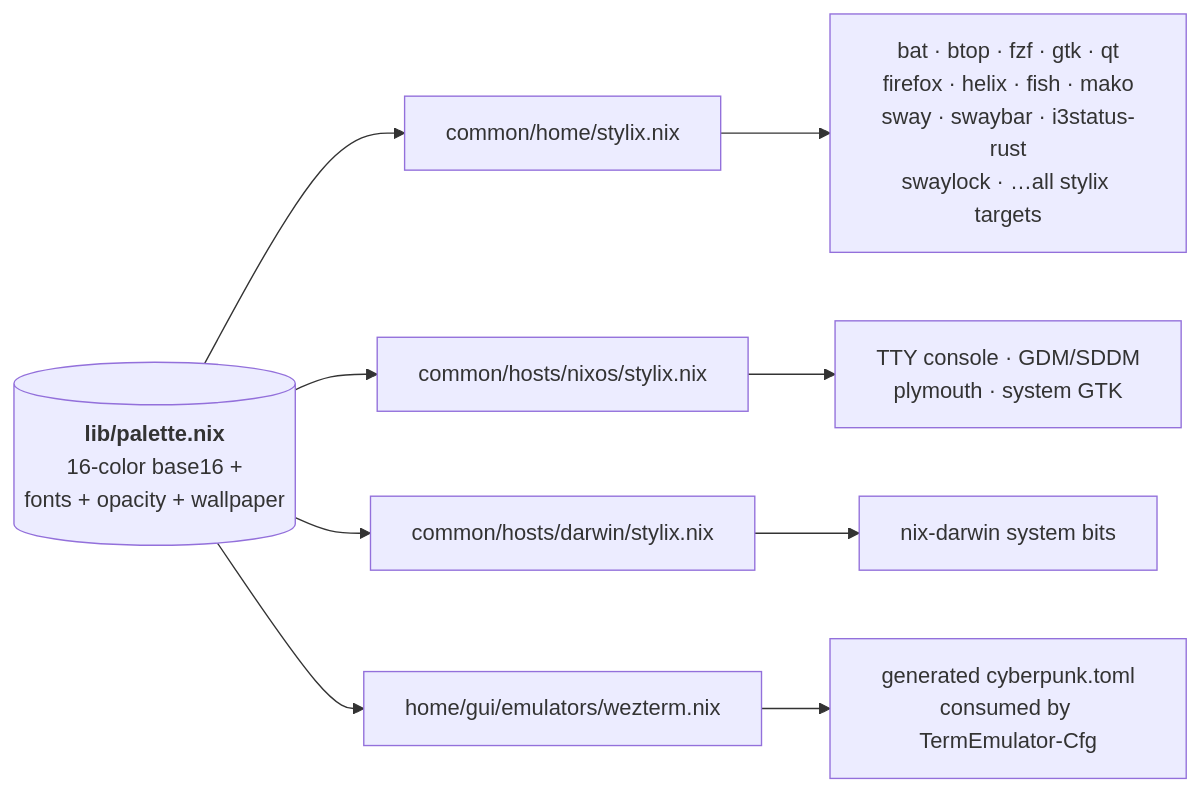
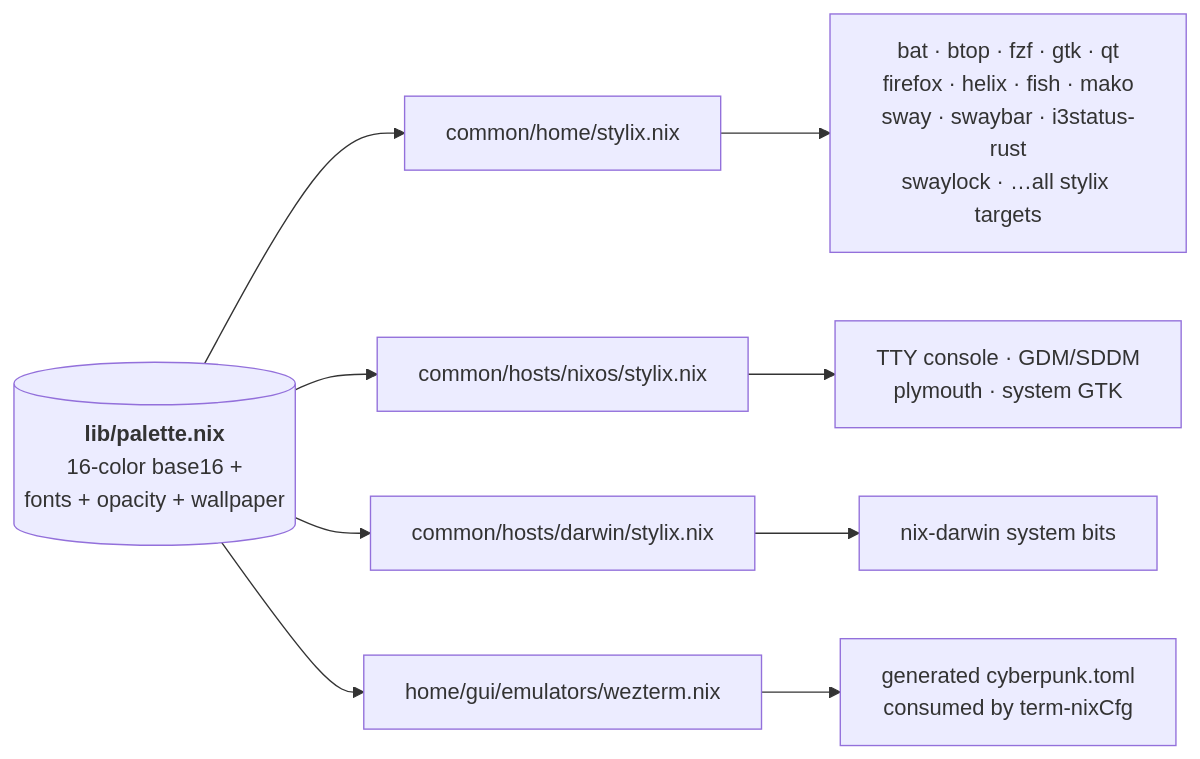
Before and after one commit to DivitMittal/OS-nixCfg: the second of 2 diagrams in README.md, drawn with Mermaid. The commit also changed other lines of this file and 4 other files, not shown here.

Commit message:
refactor(inputs): rename TermEmulator-Cfg input to term-nixCfg

````diff
--- a/README.md
+++ b/README.md
@@ -155,14 +155,14 @@
 ```mermaid
 flowchart LR
   palette[("<b>lib/palette.nix</b><br/>16-color base16 +<br/>fonts + opacity + wallpaper")]
 
   palette --> sHome["common/home/stylix.nix"]
   palette --> sNixos["common/hosts/nixos/stylix.nix"]
   palette --> sDarwin["common/hosts/darwin/stylix.nix"]
   palette --> wezterm["home/gui/emulators/wezterm.nix"]
 
   sHome --> aHome["bat · btop · fzf · gtk · qt<br/>firefox · helix · fish · mako<br/>sway · swaybar · i3status-rust<br/>swaylock · …all stylix targets"]
   sNixos --> aNixos["TTY console · GDM/SDDM<br/>plymouth · system GTK"]
   sDarwin --> aDarwin["nix-darwin system bits"]
-  wezterm --> aWezterm["generated cyberpunk.toml<br/>consumed by TermEmulator-Cfg"]
+  wezterm --> aWezterm["generated cyberpunk.toml<br/>consumed by term-nixCfg"]
 ```
````
